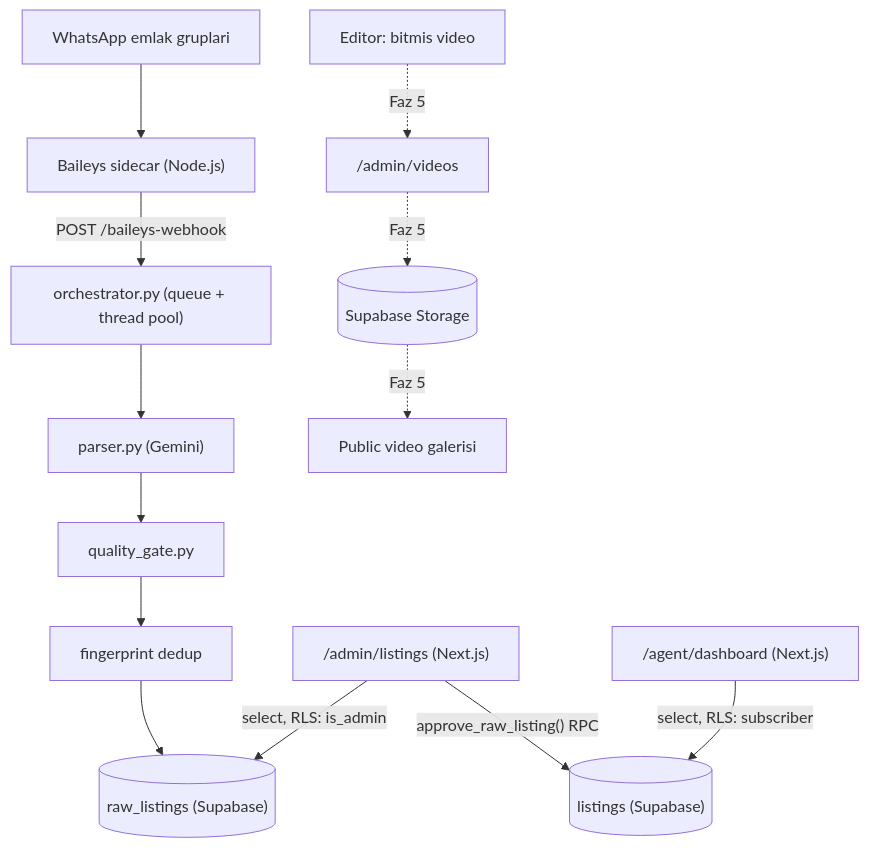
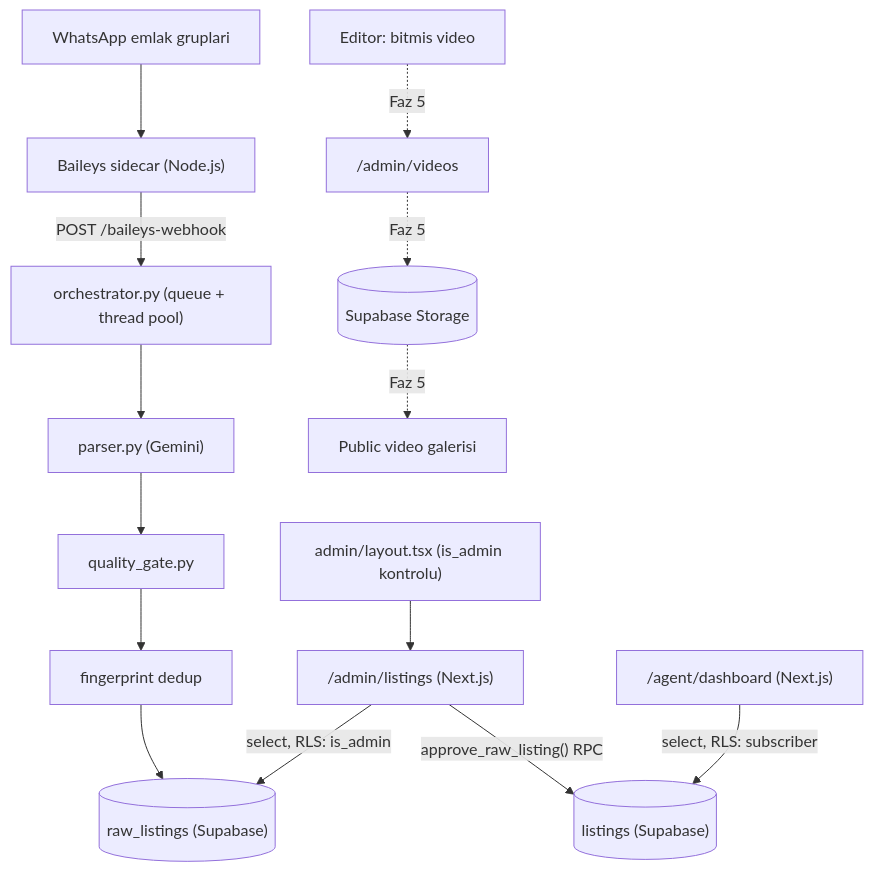
One commit to yutronax/emlak-platform changed the first of 3 diagrams in docs/ARCHITECTURE.md. Above: the diagram before and after it, drawn with Mermaid. The commit also changed other lines of this file and 1 other file, not shown here.

First line of the commit message:
docs: ARCHITECTURE.md'yi gercek koda gore guncelle

````diff
--- a/docs/ARCHITECTURE.md
+++ b/docs/ARCHITECTURE.md
@@ -5,18 +5,19 @@
 ```mermaid
 flowchart TD
     WA["WhatsApp emlak gruplari"] --> SC["Baileys sidecar (Node.js)"]
     SC -- "POST /baileys-webhook" --> ORCH["orchestrator.py (queue + thread pool)"]
     ORCH --> PARSE["parser.py (Gemini)"]
     PARSE --> QG["quality_gate.py"]
     QG --> FP["fingerprint dedup"]
     FP --> RAW[("raw_listings (Supabase)")]
 
-    ADMIN["/admin/listings (Next.js)"] -- "select, RLS: is_admin" --> RAW
+    ADMINLAYOUT["admin/layout.tsx (is_admin kontrolu)"] --> ADMIN["/admin/listings (Next.js)"]
+    ADMIN -- "select, RLS: is_admin" --> RAW
     ADMIN -- "approve_raw_listing() RPC" --> LIST[("listings (Supabase)")]
 
     AGENT["/agent/dashboard (Next.js)"] -- "select, RLS: subscriber" --> LIST
 
     EDITOR["Editor: bitmis video"] -.Faz 5.-> ADMINV["/admin/videos"]
     ADMINV -.Faz 5.-> STORAGE[("Supabase Storage")]
     STORAGE -.Faz 5.-> PUBLIC["Public video galerisi"]
 ```
````
